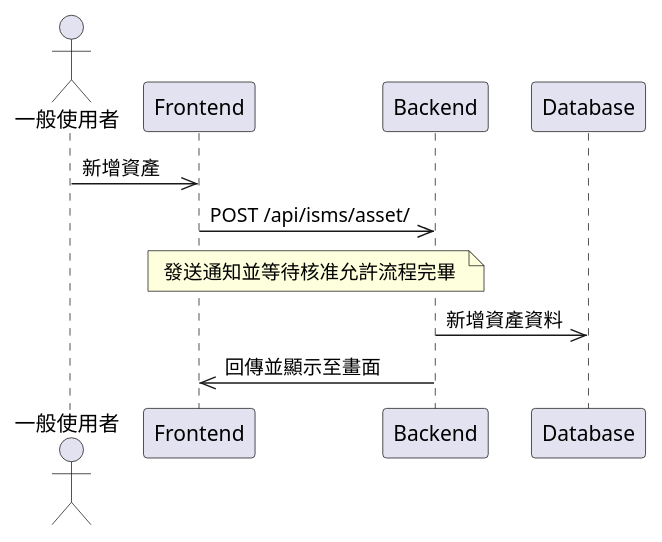
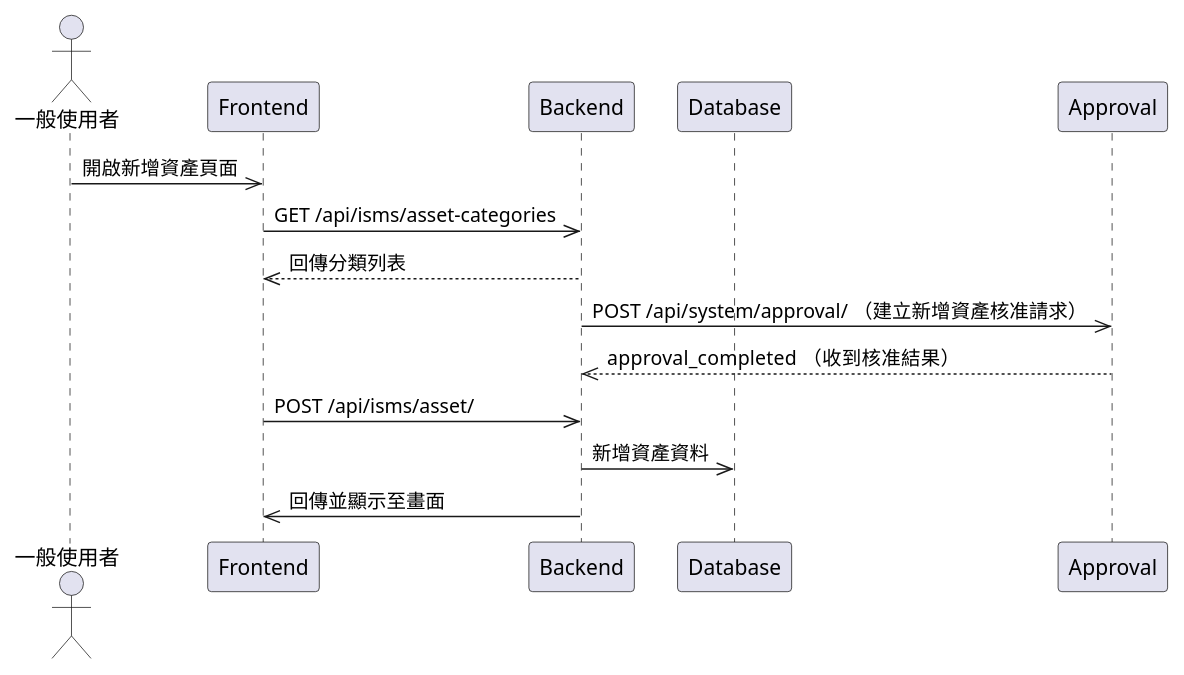
Before and after one commit to walle45611/NTUB_SecuManag_Diagram: the diagram in mermaid/sequence/asset_create.puml, drawn with PlantUML. The commit also changed 6 other files, not shown here.

First line of the commit message:
feat: 更新循序圖 (#2)

```diff
--- a/mermaid/sequence/asset_create.puml
+++ b/mermaid/sequence/asset_create.puml
@@ -1,12 +1,15 @@
 @startuml
 actor User as "一般使用者"
 participant Frontend
 participant Backend
 participant Database
 
-User ->> Frontend: 新增資產
-Frontend ->> Backend: POST /api/isms/asset/
-note over Backend, Frontend: 發送通知並等待核准允許流程完畢
-Backend ->> Database: 新增資產資料
-Backend ->> Frontend: 回傳並顯示至畫面
+User->>Frontend: 開啟新增資產頁面
+Frontend->>Backend: GET /api/isms/asset-categories
+Backend-->>Frontend: 回傳分類列表
+Backend->>Approval: POST /api/system/approval/ （建立新增資產核准請求）
+Approval-->>Backend: approval_completed  （收到核准結果）
+Frontend->>Backend: POST /api/isms/asset/
+Backend->>Database: 新增資產資料
+Backend->>Frontend: 回傳並顯示至畫面
 @enduml
```
